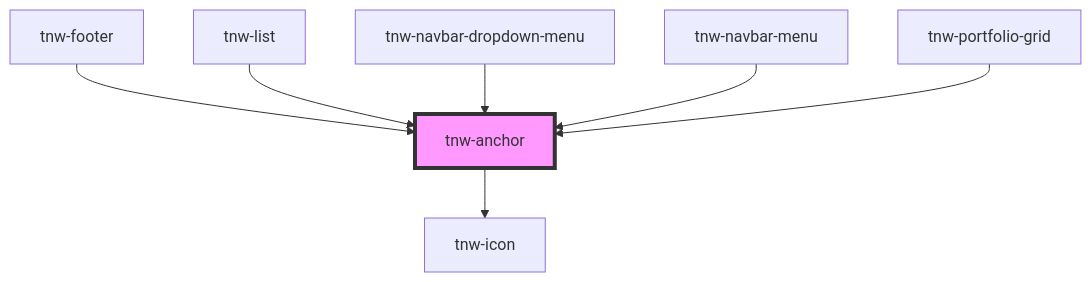
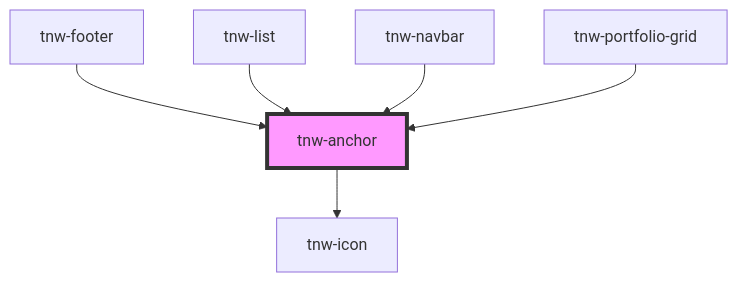
One commit to technway/technway-component-library changed the diagram in packages/stencil-library/src/components/tnw-anchor/readme.md. Above: the diagram before and after it, drawn with Mermaid. The commit also changed other lines of this file and 98 other files, not shown here.

````diff
--- a/packages/stencil-library/src/components/tnw-anchor/readme.md
+++ b/packages/stencil-library/src/components/tnw-anchor/readme.md
@@ -99,10 +99,9 @@
 ```mermaid
 graph TD;
   tnw-anchor --> tnw-icon
   tnw-footer --> tnw-anchor
   tnw-list --> tnw-anchor
-  tnw-navbar-dropdown-menu --> tnw-anchor
-  tnw-navbar-menu --> tnw-anchor
+  tnw-navbar --> tnw-anchor
   tnw-portfolio-grid --> tnw-anchor
   style tnw-anchor fill:#f9f,stroke:#333,stroke-width:4px
 ```
````
